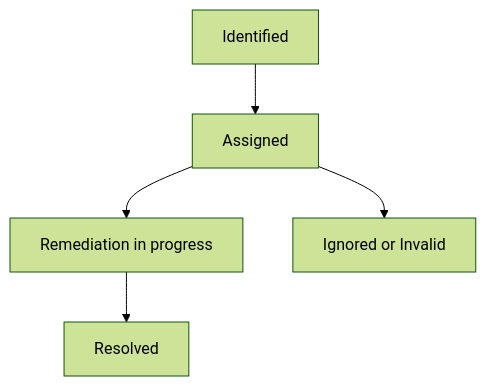
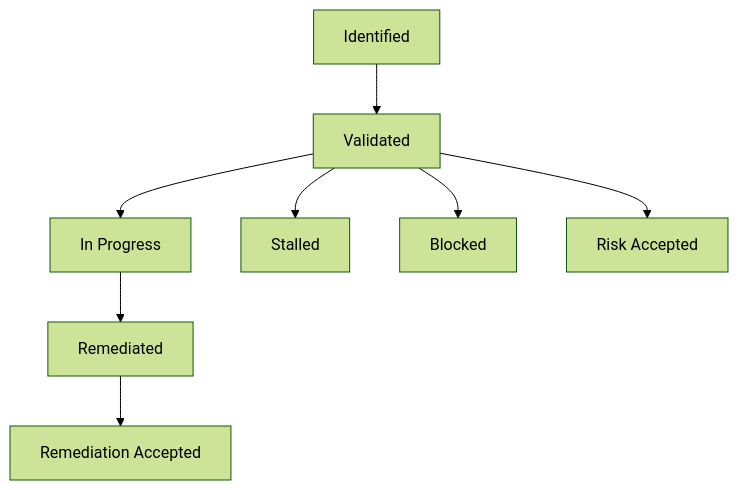
One commit to zalyoung/gitlab-handbook changed the diagram in content/handbook/security/security-assurance/observation-management-procedure.md. Above: the diagram before and after it, drawn with Mermaid (forest theme). The commit also changed other lines of this file and 1 other file, not shown here.

````diff
--- a/content/handbook/security/security-assurance/observation-management-procedure.md
+++ b/content/handbook/security/security-assurance/observation-management-procedure.md
@@ -36,7 +34,10 @@
 ```mermaid
 graph TD;
-  A[Identified] --> B[Assigned];
-  B --> C[Remediation in progress];
-  B --> D[Ignored or Invalid];
-  C --> F[Resolved];
+  A[Identified] --> B[Validated];
+  B --> C[In Progress];
+  B --> D[Stalled];
+  B --> G[Blocked];
+  C --> E[Remediated];
+  E --> F[Remediation Accepted];
+  B --> H[Risk Accepted];
 ```
````
